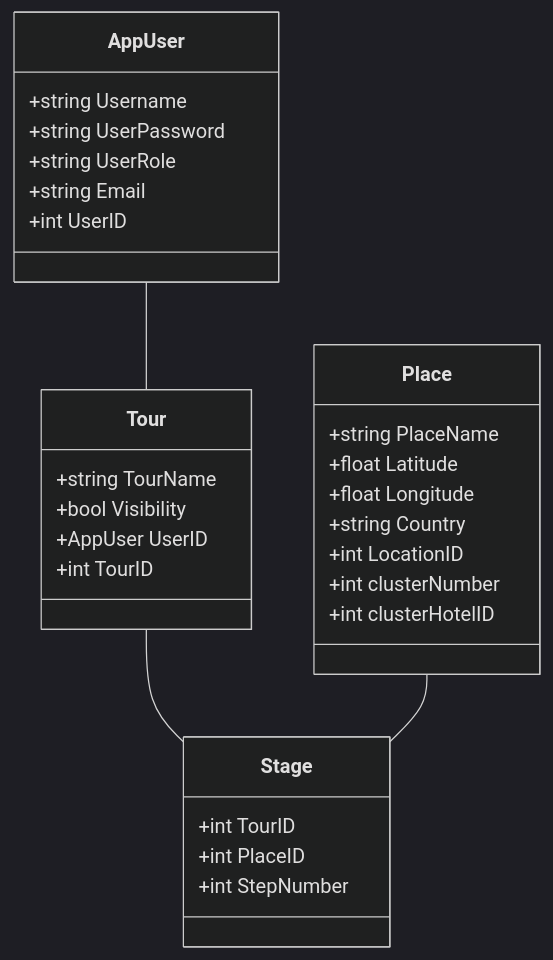
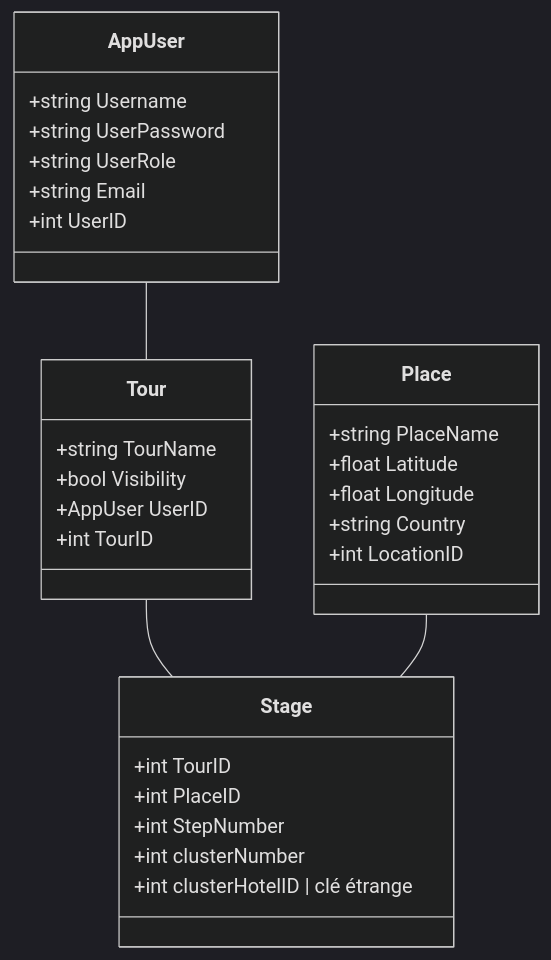
Before and after one commit to AdrienVerstrepen/box-certificative-mario: the diagram in documentation/databaseStructure.mmd, drawn with Mermaid (dark theme). The commit also changed 3 other files, not shown here.

```diff
--- a/documentation/databaseStructure.mmd
+++ b/documentation/databaseStructure.mmd
@@ -1,35 +1,35 @@
 classDiagram
     class AppUser {
         +string Username
         +string UserPassword
         +string UserRole
         +string Email
         +int UserID
     }
 
     class Tour {
         +string TourName
         +bool Visibility
         +AppUser UserID
         +int TourID
     }
 
     class Place {
         +string PlaceName
         +float Latitude
         +float Longitude
         +string Country
         +int LocationID
-        +int clusterNumber
-        +int clusterHotelID
     }
 
     class Stage {
         +int TourID
         +int PlaceID
         +int StepNumber
+        +int clusterNumber
+        +int clusterHotelID | clé étrange
     }
 
     AppUser -- Tour
     Tour -- Stage
     Place -- Stage
```
